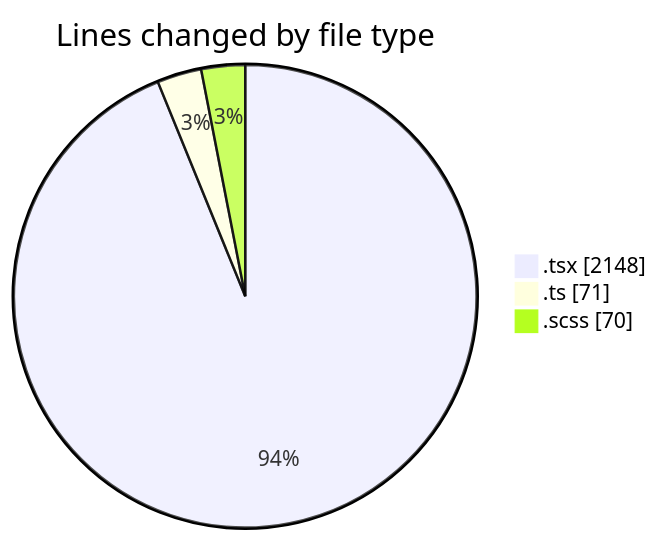
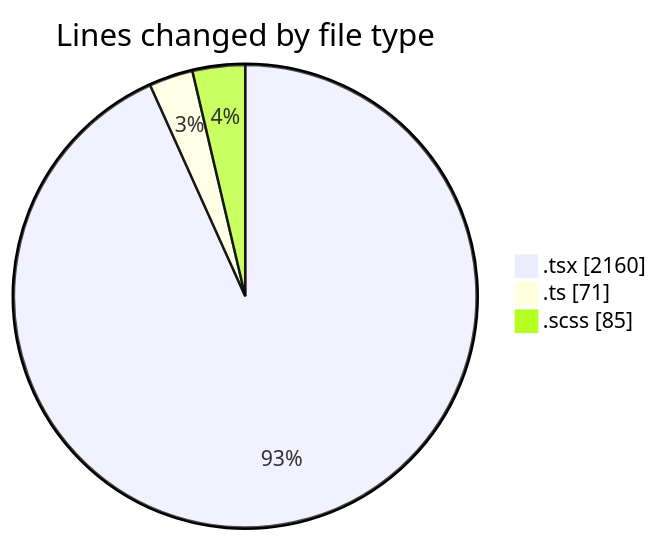
One commit to momahboobian/code-tracking changed the first of 2 diagrams in 2025-02-11/cda/README.md. Above: the diagram before and after it, drawn with Mermaid. The commit also changed other lines of this file and 1 other file, not shown here.

````diff
--- a/2025-02-11/cda/README.md
+++ b/2025-02-11/cda/README.md
@@ -24,7 +24,7 @@
 ```mermaid
 pie showData
 title Lines changed by file type
-".tsx" : 2148
+".tsx" : 2160
 ".ts" : 71
-".scss" : 70
+".scss" : 85
 ```
````
